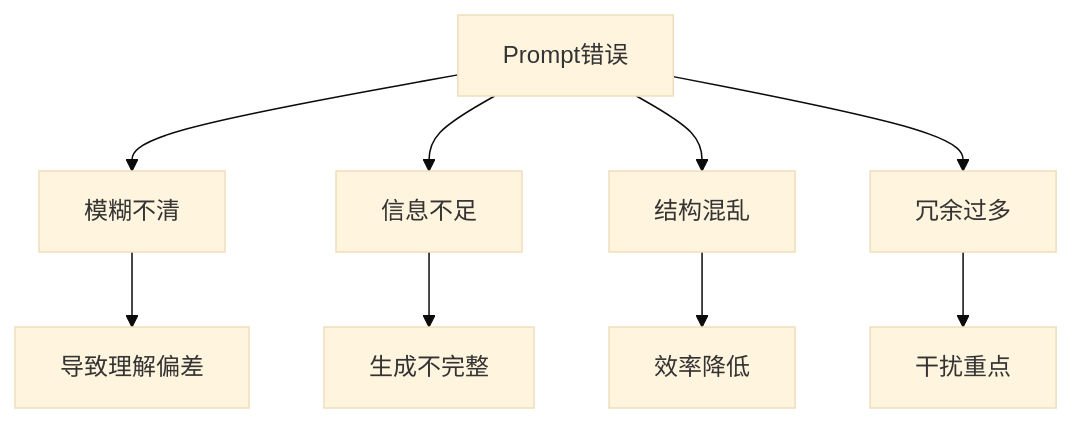
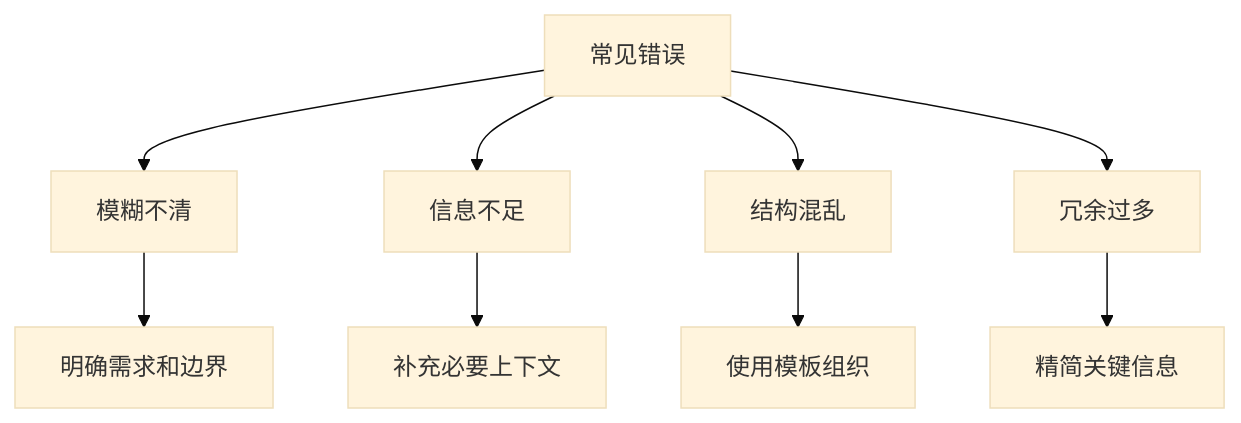
The third of 5 diagrams in base/第三章-Prompt创建技巧.md (wutongci/cursor-courses), drawn with Mermaid (base theme) before and after one commit. The commit also changed other lines of this file and 9 other files, not shown here.

````diff
--- a/base/第三章-Prompt创建技巧.md
+++ b/base/第三章-Prompt创建技巧.md
@@ -72,12 +74,12 @@
 ```mermaid
 graph TD
-    A[Prompt错误] --> B[模糊不清]
+    A[常见错误] --> B[模糊不清]
     A --> C[信息不足]
     A --> D[结构混乱]
     A --> E[冗余过多]
     
-    B --> F[导致理解偏差]
-    C --> G[生成不完整]
-    D --> H[效率降低]
-    E --> I[干扰重点]
+    B --> F[明确需求和边界]
+    C --> G[补充必要上下文]
+    D --> H[使用模板组织]
+    E --> I[精简关键信息]
 ```
````
